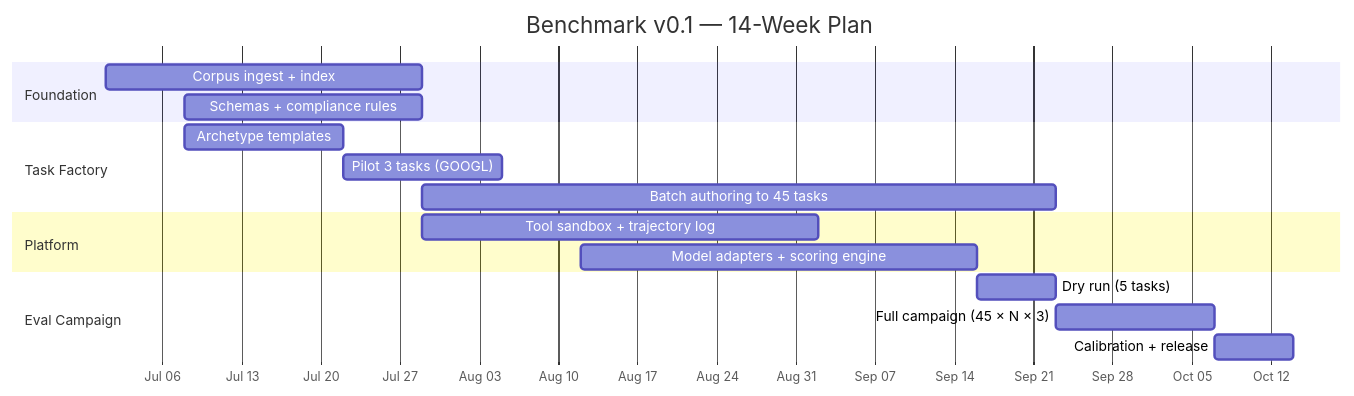
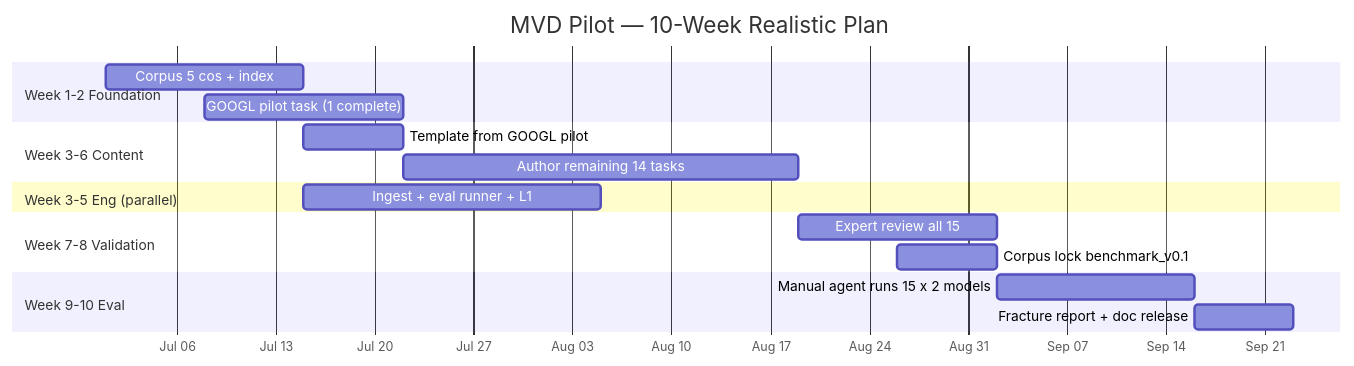
The third of 3 diagrams in docs/ZSTATE_EQUITY_RESEARCH_BENCHMARK_FRAMEWORK.md (goyalggaurav/Zstate), drawn with Mermaid before and after one commit. The commit also changed other lines of this file and 7 other files, not shown here.

First line of the commit message:
Revise framework to v0.2 MVD and add GOOGL pilot task.

````diff
--- a/docs/ZSTATE_EQUITY_RESEARCH_BENCHMARK_FRAMEWORK.md
+++ b/docs/ZSTATE_EQUITY_RESEARCH_BENCHMARK_FRAMEWORK.md
@@ -292,24 +332,25 @@
 ```mermaid
 gantt
-    title Benchmark v0.1 — 14-Week Plan
+    title MVD Pilot — 10-Week Realistic Plan
     dateFormat YYYY-MM-DD
     axisFormat %b %d
 
-    section Foundation
-    Corpus ingest + index           :2025-07-01, 4w
-    Schemas + compliance rules      :2025-07-08, 3w
+    section Week 1-2 Foundation
+    Corpus 5 cos + index           :2025-07-01, 2w
+    GOOGL pilot task (1 complete)  :2025-07-08, 2w
 
-    section Task Factory
-    Archetype templates             :2025-07-08, 2w
-    Pilot 3 tasks (GOOGL)           :2025-07-22, 2w
-    Batch authoring to 45 tasks     :2025-07-29, 8w
+    section Week 3-6 Content
+    Template from GOOGL pilot      :2025-07-15, 1w
+    Author remaining 14 tasks      :2025-07-22, 4w
 
-    section Platform
-    Tool sandbox + trajectory log   :2025-07-29, 5w
-    Model adapters + scoring engine :2025-08-12, 5w
+    section Week 3-5 Eng (parallel)
+    Ingest + eval runner + L1      :2025-07-15, 3w
 
-    section Eval Campaign
-    Dry run (5 tasks)               :2025-09-16, 1w
-    Full campaign (45 × N × 3)     :2025-09-23, 2w
-    Calibration + release           :2025-10-07, 1w
+    section Week 7-8 Validation
+    Expert review all 15           :2025-08-19, 2w
+    Corpus lock benchmark_v0.1     :2025-08-26, 1w
+
+    section Week 9-10 Eval
+    Manual agent runs 15 x 2 models :2025-09-02, 2w
+    Fracture report + doc release  :2025-09-16, 1w
 ```
````
